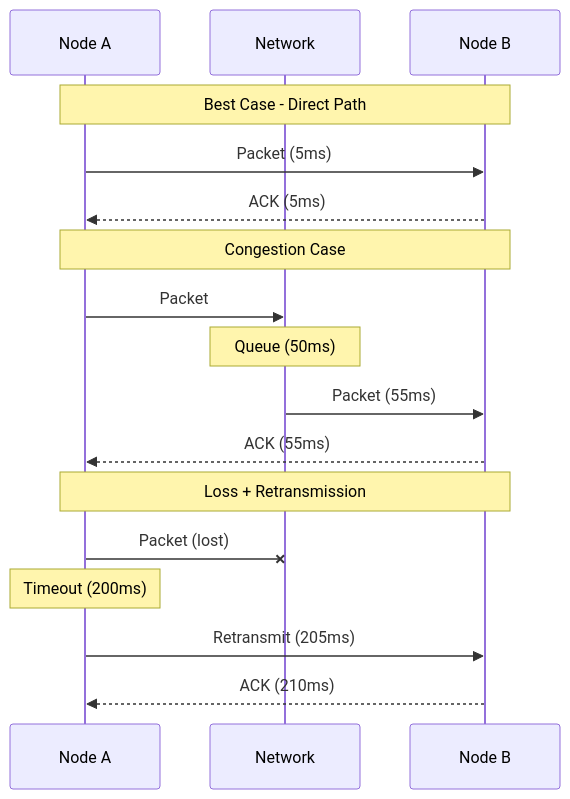
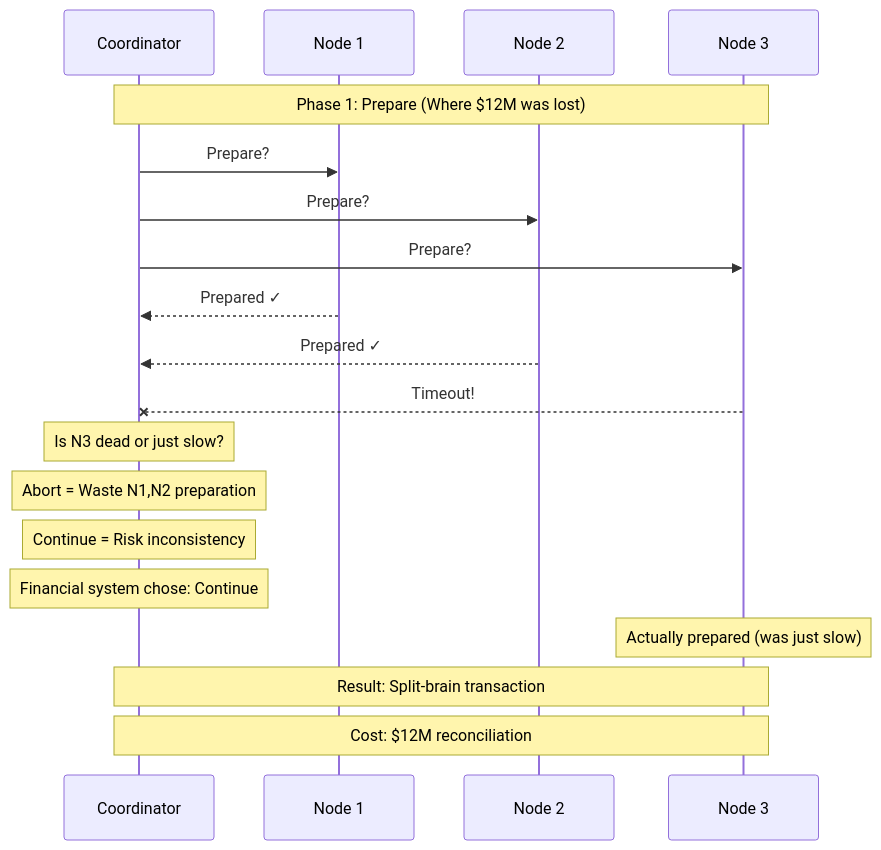
Before and after one commit to deepaucksharma/DStudio: the second of 7 diagrams in docs/part1-axioms/law2-asynchrony/index.md, drawn with Mermaid. The commit also changed other lines of this file and 43 other files, not shown here.

````diff
--- a/docs/part1-axioms/law2-asynchrony/index.md
+++ b/docs/part1-axioms/law2-asynchrony/index.md
@@ -86,22 +103,24 @@
 ```mermaid
 sequenceDiagram
-    participant A as Node A
-    participant NET as Network
-    participant B as Node B
+    participant C as Coordinator
+    participant N1 as Node 1
+    participant N2 as Node 2
+    participant N3 as Node 3
     
-    Note over A,B: Best Case - Direct Path
-    A->>B: Packet (5ms)
-    B-->>A: ACK (5ms)
+    Note over C,N3: Phase 1: Prepare (Where $12M was lost)
+    C->>N1: Prepare?
+    C->>N2: Prepare?
+    C->>N3: Prepare?
+    N1-->>C: Prepared ✓
+    N2-->>C: Prepared ✓
+    N3--xC: Timeout!
     
-    Note over A,B: Congestion Case
-    A->>NET: Packet
-    Note over NET: Queue (50ms)
-    NET->>B: Packet (55ms)
-    B-->>A: ACK (55ms)
+    Note over C: Is N3 dead or just slow?
+    Note over C: Abort = Waste N1,N2 preparation
+    Note over C: Continue = Risk inconsistency
+    Note over C: Financial system chose: Continue
     
-    Note over A,B: Loss + Retransmission
-    A-xNET: Packet (lost)
-    Note over A: Timeout (200ms)
-    A->>B: Retransmit (205ms)
-    B-->>A: ACK (210ms)
+    Note over N3: Actually prepared (was just slow)
+    Note over C,N3: Result: Split-brain transaction
+    Note over C,N3: Cost: $12M reconciliation
 ```
````
